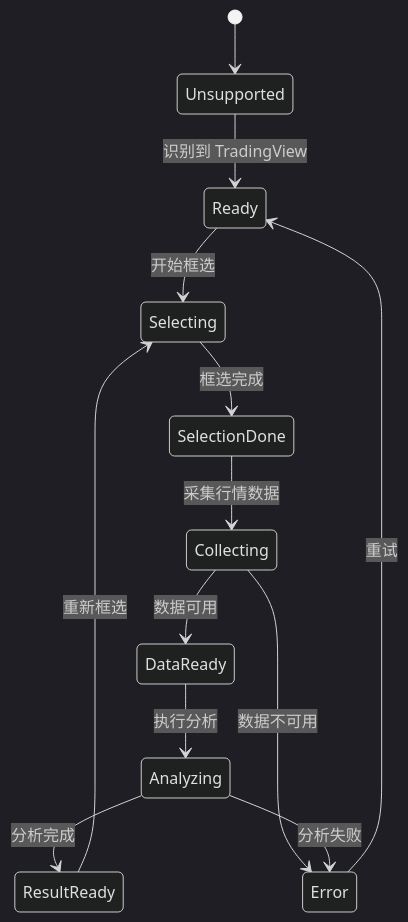
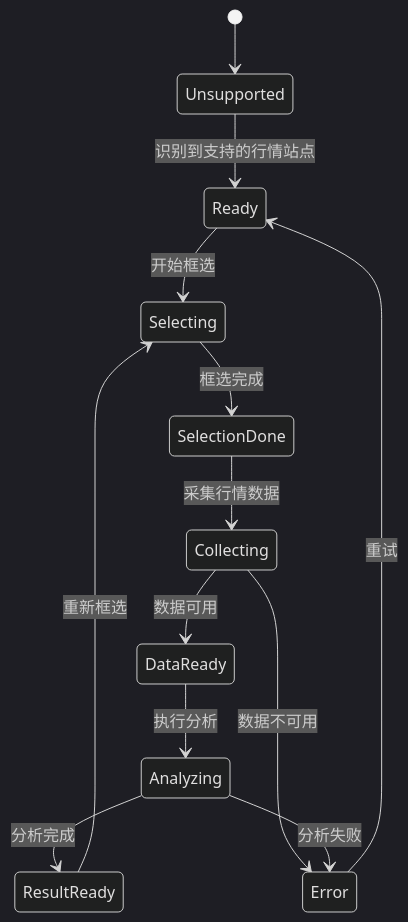
One commit to LanShiLiang/Chrome_K_line_analyzer changed the third of 3 diagrams in docs/spec/03_前端模块_侧边抽屉与页面交互设计方案.md. Above: the diagram before and after it, drawn with Mermaid (dark theme). The commit also changed other lines of this file and 9 other files, not shown here.

````diff
--- a/docs/spec/03_前端模块_侧边抽屉与页面交互设计方案.md
+++ b/docs/spec/03_前端模块_侧边抽屉与页面交互设计方案.md
@@ -101,15 +101,15 @@
 ```mermaid
 stateDiagram-v2
     [*] --> Unsupported
-    Unsupported --> Ready: 识别到 TradingView
+    Unsupported --> Ready: 识别到支持的行情站点
     Ready --> Selecting: 开始框选
     Selecting --> SelectionDone: 框选完成
     SelectionDone --> Collecting: 采集行情数据
     Collecting --> DataReady: 数据可用
     Collecting --> Error: 数据不可用
     DataReady --> Analyzing: 执行分析
     Analyzing --> ResultReady: 分析完成
     Analyzing --> Error: 分析失败
     Error --> Ready: 重试
     ResultReady --> Selecting: 重新框选
 ```
````
